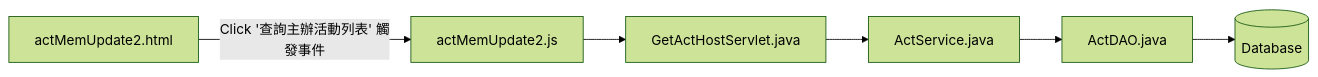
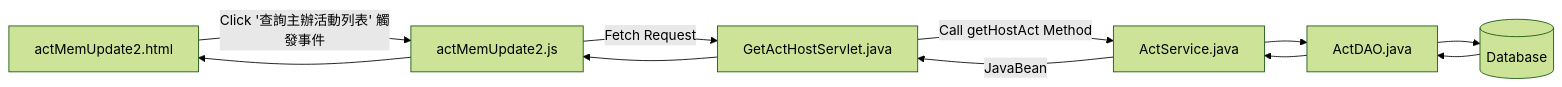
Before and after one commit to TLexYuW/CGA103G1OwnPart: the sixth of 16 diagrams in README.md, drawn with Mermaid (forest theme). The commit also changed other lines of this file, not shown here.

Commit message:
LexVaultBackup: 2022-09-11 23:58:53
Affected files:
README.md

````diff
--- a/README.md
+++ b/README.md
@@ -95,6 +95,7 @@
 ```mermaid
 flowchart LR
-	aMU2html[actMemUpdate2.html] -->|Click '查詢主辦活動列表' 觸發事件| aMU2js[actMemUpdate2.js] -->
-	GAHS[GetActHostServlet.java]
-	--> AS[ActService.java] --> AD[ActDAO.java] --> DB[(Database)]
+	aMU2html[actMemUpdate2.html] -->|Click '查詢主辦活動列表' 觸發事件| aMU2js[actMemUpdate2.js] 
+	-->|Fetch Request| GAHS[GetActHostServlet.java]
+	-->|Call getHostAct Method| AS[ActService.java] --> AD[ActDAO.java] --> DB[(Database)]
+	DB --> AD --> AS -->|JavaBean| GAHS --> aMU2js --> aMU2html
 ```
````
